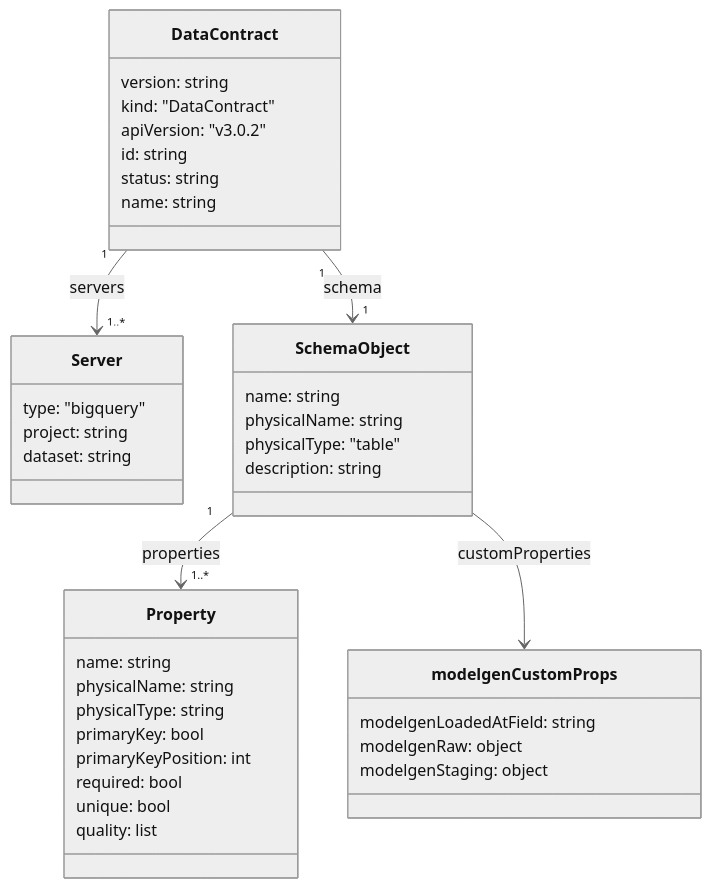
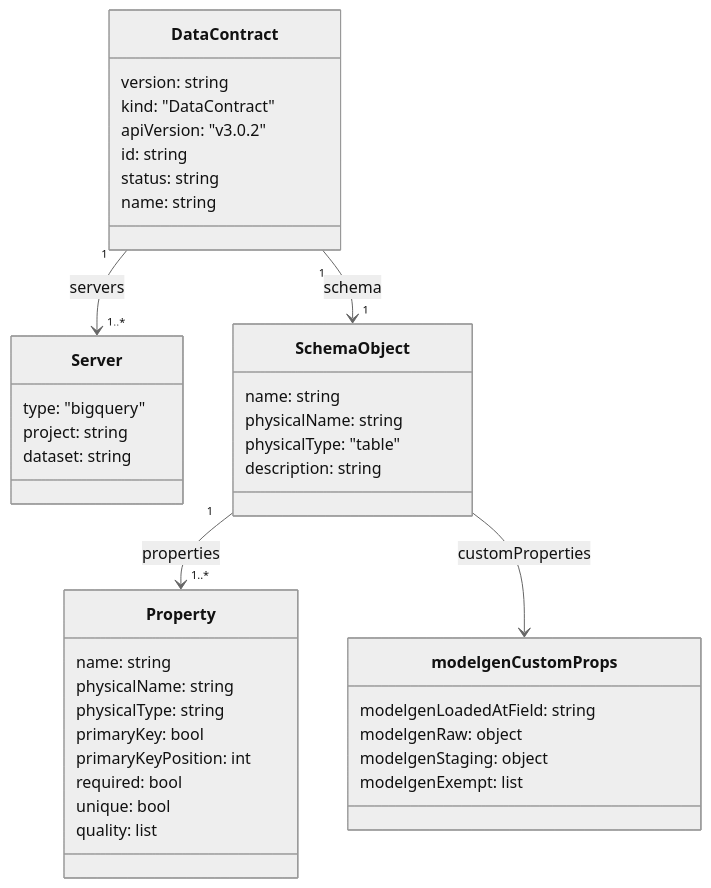
The diagram in docs/reference.md (wraith-proxy/wraith-modelgen), drawn with Mermaid (neutral theme) before and after one commit. The commit also changed other lines of this file and 26 other files, not shown here.

````diff
--- a/docs/reference.md
+++ b/docs/reference.md
@@ -7,42 +7,43 @@
 ```mermaid
 classDiagram
     class DataContract {
         version: string
         kind: "DataContract"
         apiVersion: "v3.0.2"
         id: string
         status: string
         name: string
     }
     class Server {
         type: "bigquery"
         project: string
         dataset: string
     }
     class SchemaObject {
         name: string
         physicalName: string
         physicalType: "table"
         description: string
     }
     class Property {
         name: string
         physicalName: string
         physicalType: string
         primaryKey: bool
         primaryKeyPosition: int
         required: bool
         unique: bool
         quality: list
     }
     class modelgenCustomProps {
         modelgenLoadedAtField: string
         modelgenRaw: object
         modelgenStaging: object
+        modelgenExempt: list
     }
 
     DataContract "1" --> "1..*" Server : servers
     DataContract "1" --> "1" SchemaObject : schema
     SchemaObject "1" --> "1..*" Property : properties
     SchemaObject --> modelgenCustomProps : customProperties
 ```
````
